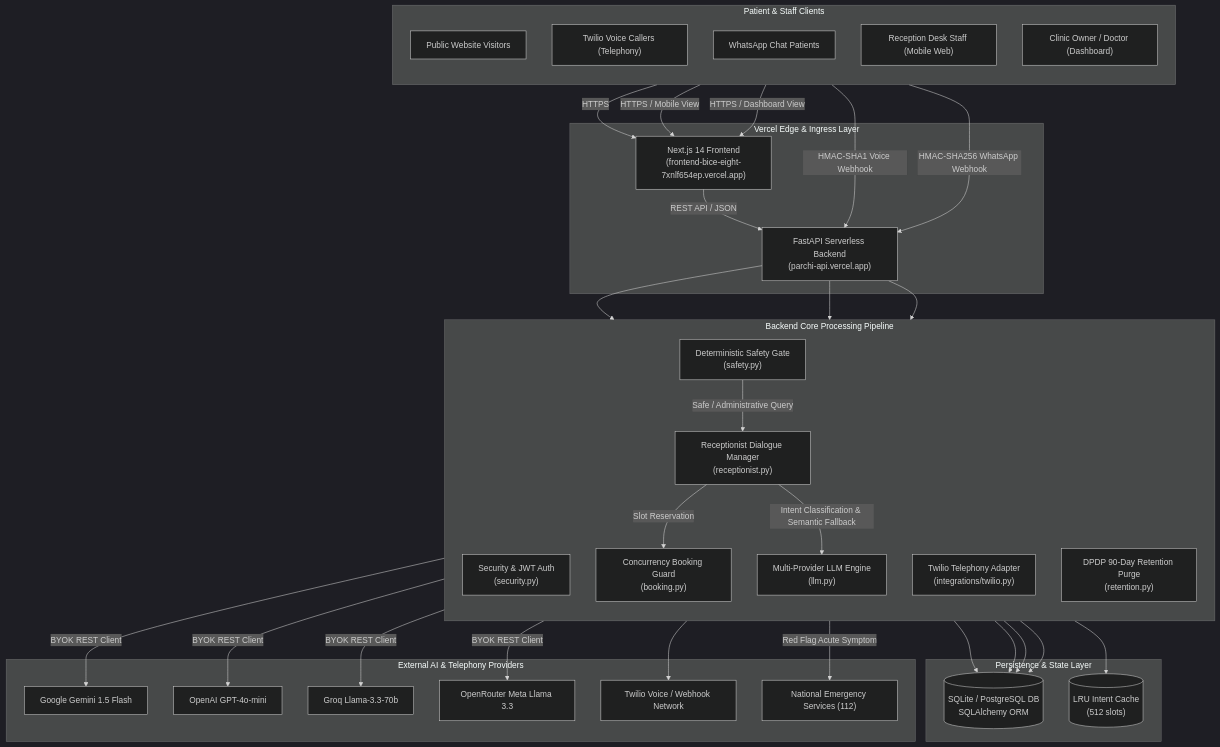
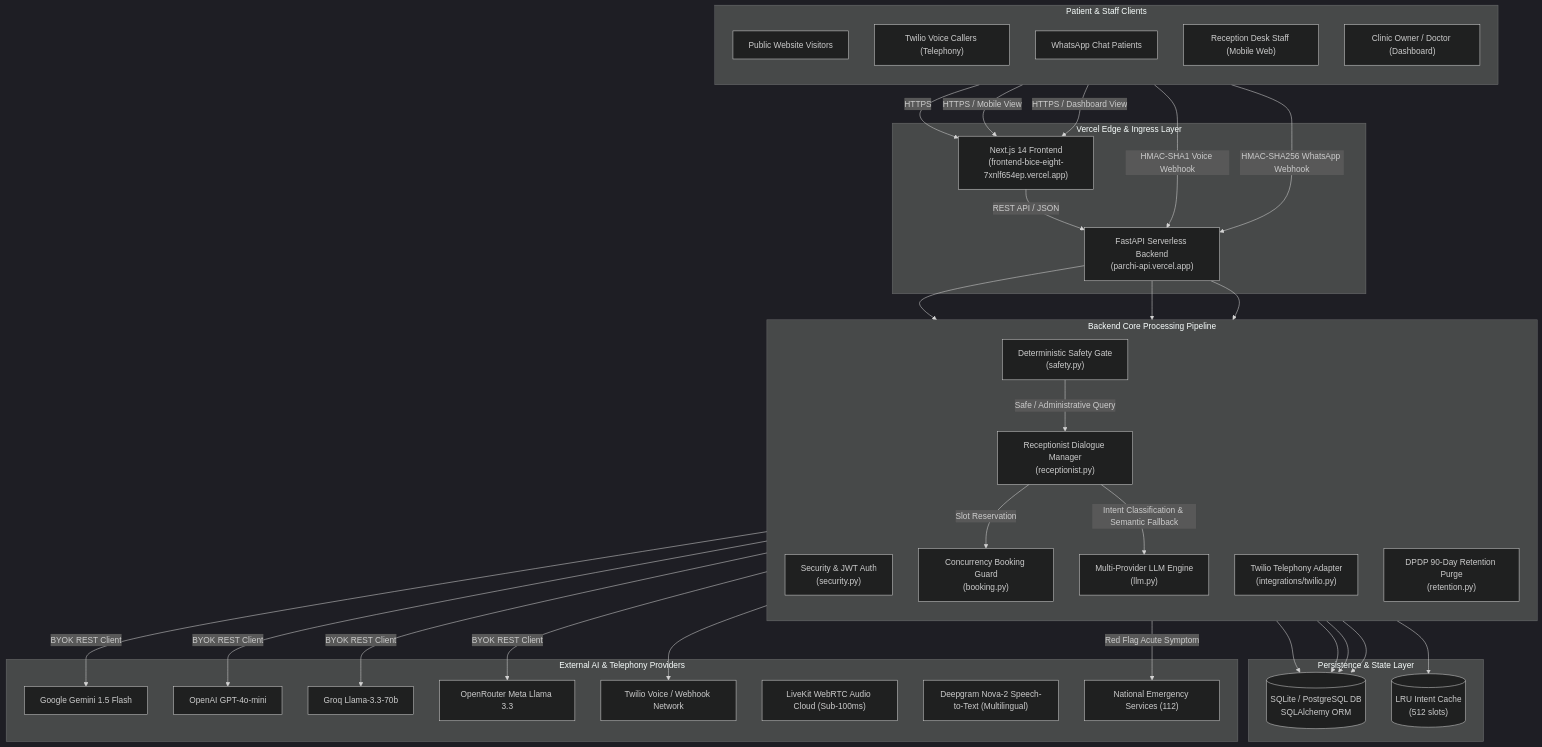
The first of 7 diagrams in README.md (Ashishku1502/Healthcare-AI-Assistant), drawn with Mermaid (dark theme) before and after one commit. The commit also changed other lines of this file and 8 other files, not shown here.

Commit message:
feat: integrate LiveKit WebRTC Voice Agent and Deepgram Nova-2 STT

````diff
--- a/README.md
+++ b/README.md
@@ -34,67 +34,69 @@
 ```mermaid
 flowchart TB
     subgraph Clients["Patient & Staff Clients"]
         direction TB
         PW["Public Website Visitors"]
         TC["Twilio Voice Callers (Telephony)"]
         WA["WhatsApp Chat Patients"]
         RD["Reception Desk Staff (Mobile Web)"]
         CO["Clinic Owner / Doctor (Dashboard)"]
     end
 
     subgraph Edge["Vercel Edge & Ingress Layer"]
         VFE["Next.js 14 Frontend<br/>(frontend-bice-eight-7xnlf654ep.vercel.app)"]
         VBE["FastAPI Serverless Backend<br/>(parchi-api.vercel.app)"]
     end
 
     subgraph CoreEngine["Backend Core Processing Pipeline"]
         direction TB
         Auth["Security & JWT Auth<br/>(security.py)"]
         Safety["Deterministic Safety Gate<br/>(safety.py)"]
         Dialogue["Receptionist Dialogue Manager<br/>(receptionist.py)"]
         Booking["Concurrency Booking Guard<br/>(booking.py)"]
         LLM["Multi-Provider LLM Engine<br/>(llm.py)"]
         TwilioAdapter["Twilio Telephony Adapter<br/>(integrations/twilio.py)"]
         Retention["DPDP 90-Day Retention Purge<br/>(retention.py)"]
     end
 
     subgraph DataStore["Persistence & State Layer"]
         DB[("SQLite / PostgreSQL DB<br/>SQLAlchemy ORM")]
         IntentCache[("LRU Intent Cache<br/>(512 slots)")]
     end
 
     subgraph ExternalServices["External AI & Telephony Providers"]
         Gemini["Google Gemini 1.5 Flash"]
         OpenAI["OpenAI GPT-4o-mini"]
         Groq["Groq Llama-3.3-70b"]
         OpenRouter["OpenRouter Meta Llama 3.3"]
         TwilioAPI["Twilio Voice / Webhook Network"]
+        LiveKitCloud["LiveKit WebRTC Audio Cloud (Sub-100ms)"]
+        DeepgramNova2["Deepgram Nova-2 Speech-to-Text (Multilingual)"]
         Emergency112["National Emergency Services (112)"]
     end
 
     PW -->|HTTPS| VFE
     RD -->|HTTPS / Mobile View| VFE
     CO -->|HTTPS / Dashboard View| VFE
     VFE -->|REST API / JSON| VBE
     TC -->|HMAC-SHA1 Voice Webhook| VBE
     WA -->|HMAC-SHA256 WhatsApp Webhook| VBE
 
     VBE --> Auth
     VBE --> Safety
     Safety -->|Red Flag Acute Symptom| Emergency112
     Safety -->|Safe / Administrative Query| Dialogue
     Dialogue -->|Slot Reservation| Booking
     Dialogue -->|Intent Classification & Semantic Fallback| LLM
     LLM --> IntentCache
     LLM -->|BYOK REST Client| Gemini
     LLM -->|BYOK REST Client| OpenAI
     LLM -->|BYOK REST Client| Groq
     LLM -->|BYOK REST Client| OpenRouter
     VBE --> TwilioAdapter
     TwilioAdapter --> TwilioAPI
 
     Booking --> DB
     Dialogue --> DB
     Retention --> DB
     Auth --> DB
 ```
````
